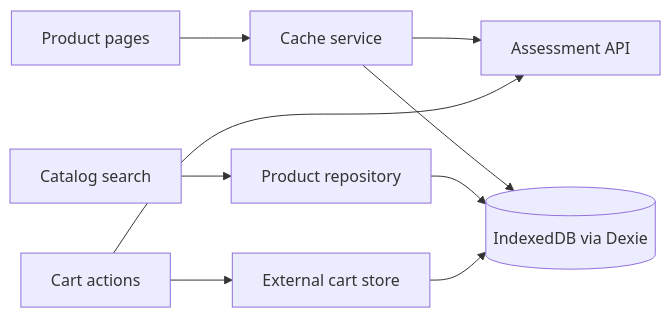
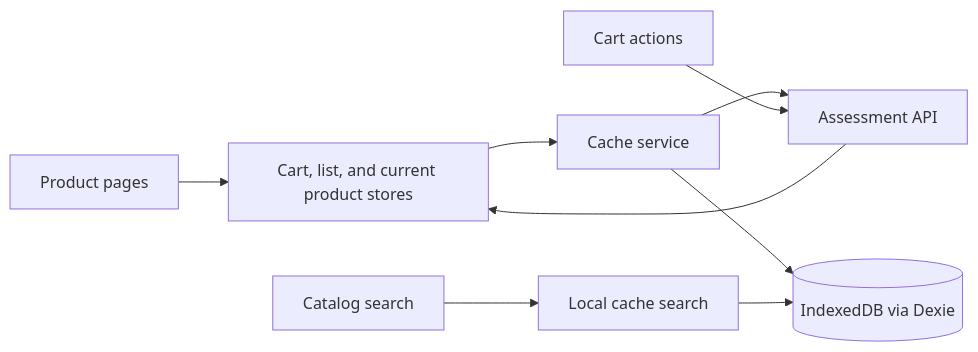
The diagram in README.md (MaxiPS/mobile-storefront-challenge), drawn with Mermaid before and after one commit. The commit also changed other lines of this file and 31 other files, not shown here.

Commit message:
refactor: separate app stores and cache product data

````diff
--- a/README.md
+++ b/README.md
@@ -68,11 +68,11 @@
 ```mermaid
 flowchart LR
-  Pages[Product pages] --> Cache[Cache service]
+  Pages[Product pages] --> Stores[Cart, list, and current product stores]
+  Stores --> Cache[Cache service]
   Cache --> API[Assessment API]
   Cache --> DB[(IndexedDB via Dexie)]
-  Search[Catalog search] --> Repository[Product repository]
+  Search[Catalog search] --> Repository[Local cache search]
   Repository --> DB
   Cart[Cart actions] --> API
-  Cart --> Store[External cart store]
-  Store --> DB
+  API --> Stores
 ```
````
